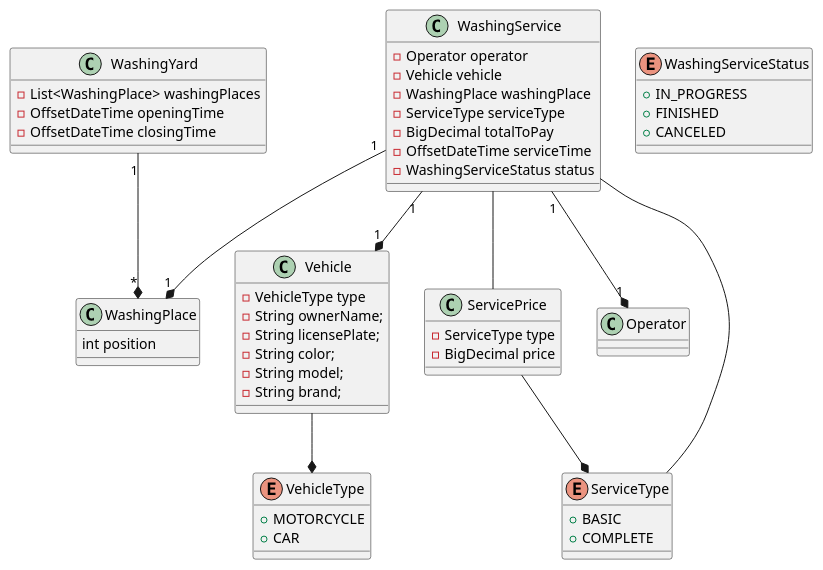
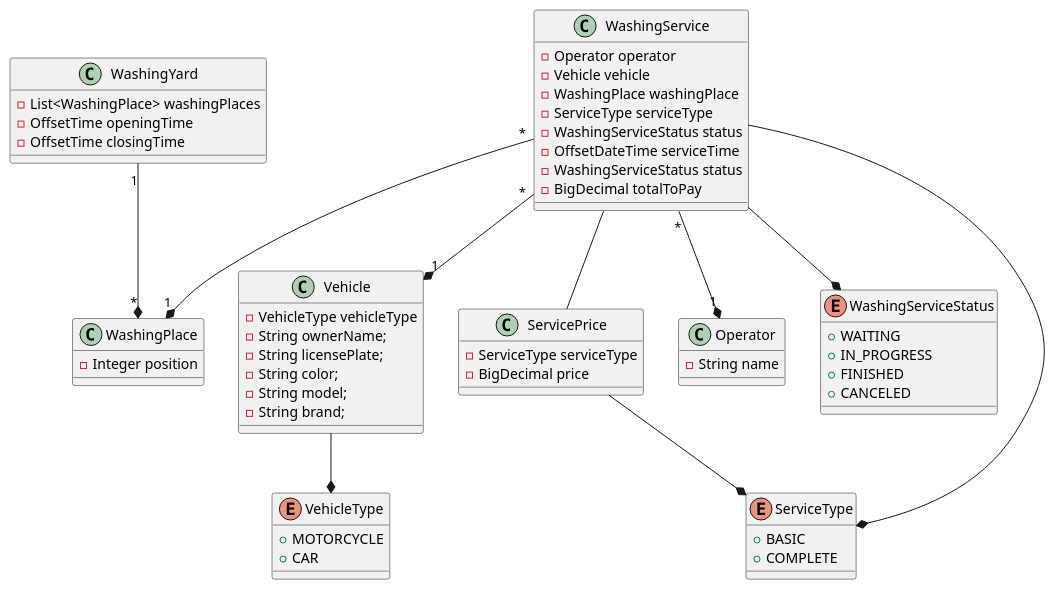
Before and after one commit to rogersanctus/dio-java-desafio-lava-jato: the diagram in dia-class.puml, drawn with PlantUML.

Commit message:
Atualiza diagrama de classes

```diff
--- a/dia-class.puml
+++ b/dia-class.puml
@@ -1,66 +1,71 @@
 @startuml
 class WashingYard {
   - List<WashingPlace> washingPlaces
-  - OffsetDateTime openingTime
-  - OffsetDateTime closingTime
+  - OffsetTime openingTime
+  - OffsetTime closingTime
 }
 
 class WashingPlace {
-  int position
+  - Integer position
 }
 
 class Vehicle {
-  - VehicleType type
+  - VehicleType vehicleType
   - String ownerName;
   - String licensePlate;
   - String color;
   - String model;
   - String brand;
 }
 
 class ServicePrice {
-  - ServiceType type
+  - ServiceType serviceType
   - BigDecimal price
 }
 
-class Operator {}
+class Operator {
+  - String name
+}
 
 class WashingService {
   - Operator operator
   - Vehicle vehicle
   - WashingPlace washingPlace
   - ServiceType serviceType
-  - BigDecimal totalToPay
+  - WashingServiceStatus status
   - OffsetDateTime serviceTime
   - WashingServiceStatus status
+  - BigDecimal totalToPay
 }
 
 enum WashingServiceStatus {
+  + WAITING
   + IN_PROGRESS
   + FINISHED
   + CANCELED
 }
 
 enum VehicleType {
   + MOTORCYCLE
   + CAR
 }
 
 enum ServiceType {
   + BASIC
   + COMPLETE
 }
 
-WashingService "1" --* "1" Vehicle
-WashingService "1" --* "1" Operator
-WashingService "1" --* "1" WashingPlace
-WashingService -- ServiceType
+WashingService "*" --* "1" Vehicle
+WashingService "*" --* "1" Operator
+WashingService "*" --* "1" WashingPlace
+WashingService --* WashingServiceStatus
+WashingService --* ServiceType
 WashingService -- ServicePrice
 
 Vehicle --* VehicleType
 
 WashingYard "1" --* "*" WashingPlace
 
 ServicePrice --* ServiceType
 
 @enduml
```
